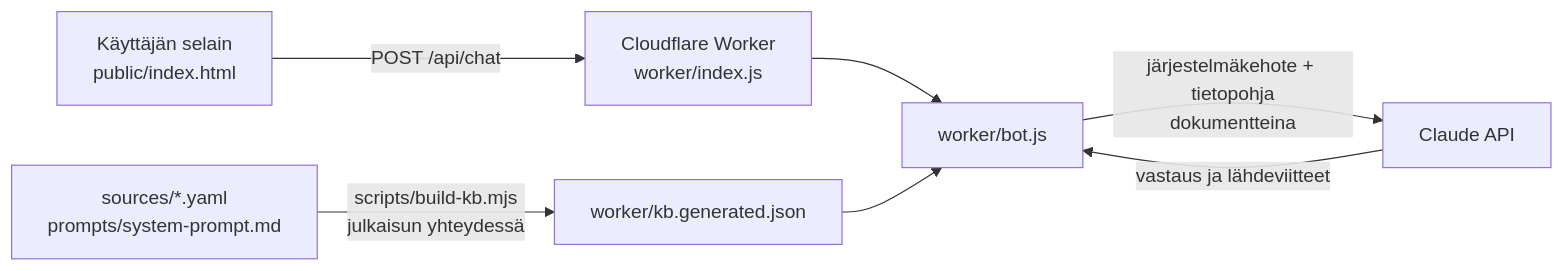
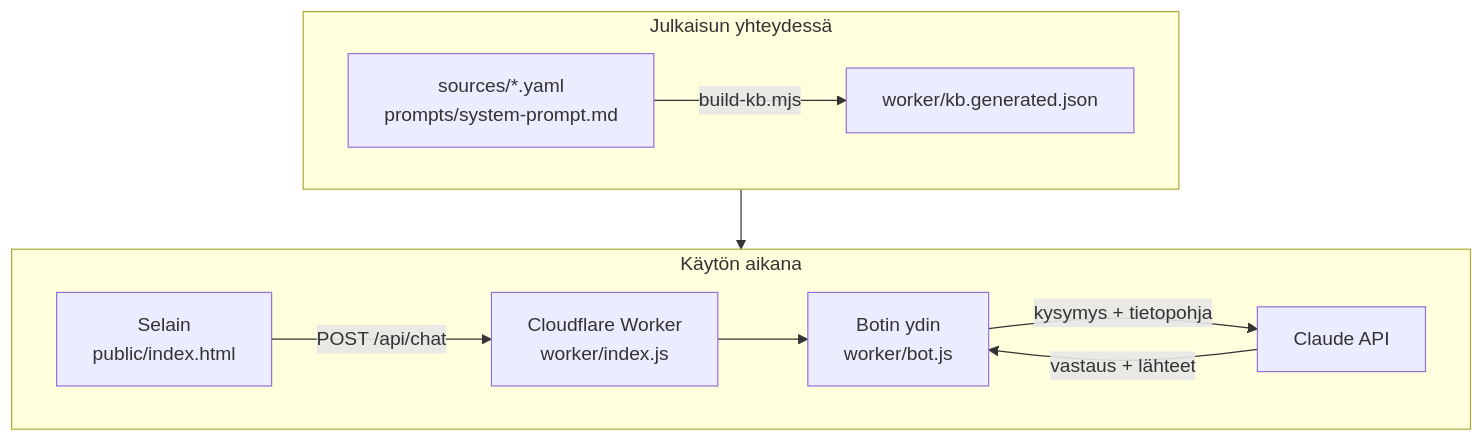
One commit to AnnaElo/XR-regulaatio-botti changed the diagram in README.md. Above: the diagram before and after it, drawn with Mermaid.

Commit message:
Selkeytä README:n arkkitehtuurikaavio, jotta tekstit eivät mene päällekkäin
Claude-Session: https://claude.ai/code/session_01JkgNVT23W2PBSvnbNvwfzq

````diff
--- a/README.md
+++ b/README.md
@@ -6,9 +6,15 @@
 ```mermaid
-flowchart LR
-  U[Käyttäjän selain<br>public/index.html] -- POST /api/chat --> W[Cloudflare Worker<br>worker/index.js]
-  W --> B[worker/bot.js]
-  B -- järjestelmäkehote + tietopohja<br>dokumentteina --> C[Claude API]
-  C -- vastaus ja lähdeviitteet --> B
-  KB[sources/*.yaml<br>prompts/system-prompt.md] -- scripts/build-kb.mjs<br>julkaisun yhteydessä --> J[worker/kb.generated.json]
+flowchart TB
+  subgraph build["Julkaisun yhteydessä"]
+    direction LR
+    KB["sources/*.yaml<br>prompts/system-prompt.md"] -->|build-kb.mjs| J["worker/kb.generated.json"]
+  end
+  subgraph runtime["Käytön aikana"]
+    direction LR
+    U["Selain<br>public/index.html"] -->|POST /api/chat| W["Cloudflare Worker<br>worker/index.js"]
+    W --> B["Botin ydin<br>worker/bot.js"]
+    B -->|kysymys + tietopohja| C["Claude API"]
+    C -->|vastaus + lähteet| B
+  end
   J --> B
 ```
````
